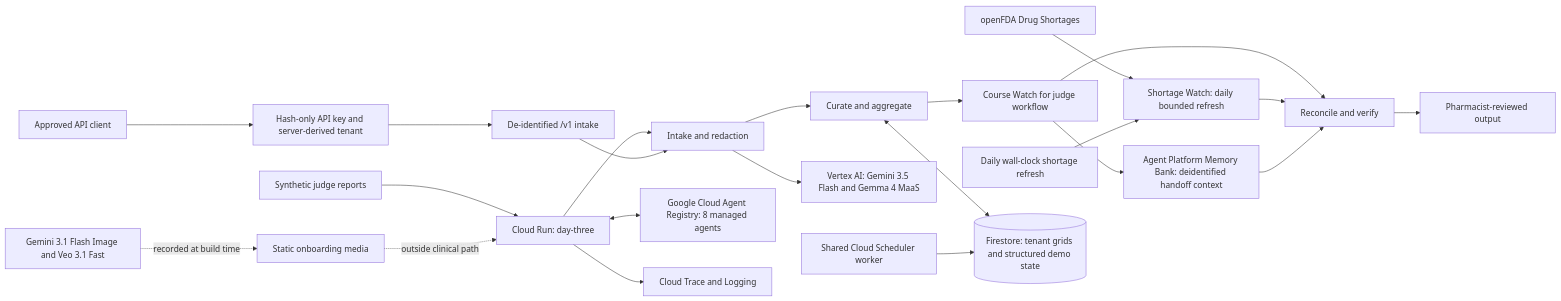
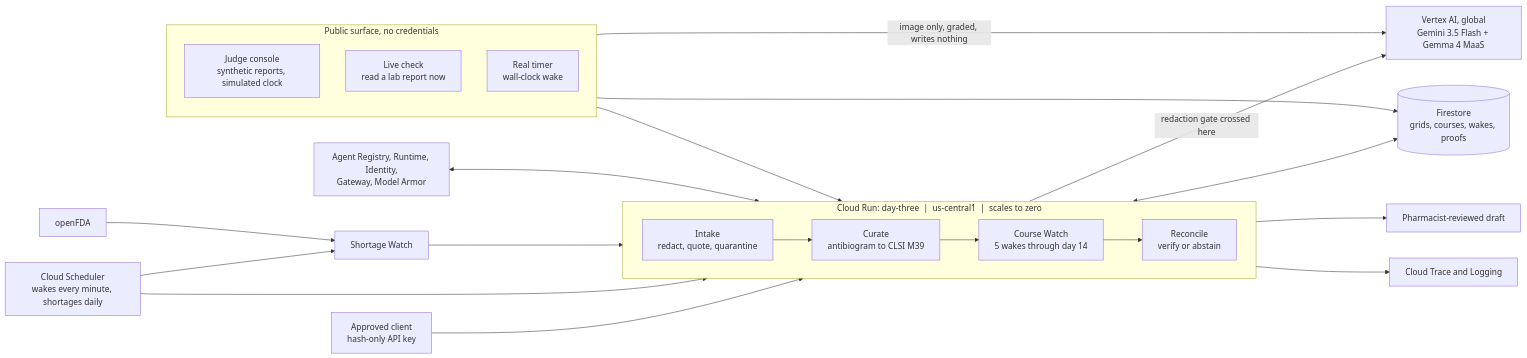
The diagram in docs/architecture.mmd (usv240/day-three), drawn with Mermaid before and after one commit. The commit also changed 7 other files, not shown here.

```diff
--- a/docs/architecture.mmd
+++ b/docs/architecture.mmd
@@ -1,22 +1,33 @@
+%% Day Three, as built. Kept deliberately small: the pipeline reads left to right,
+%% and everything else attaches to exactly one stage.
 flowchart LR
-    A[Synthetic judge reports] --> B[Cloud Run: day-three]
-    API[Approved API client] --> K[Hash-only API key and server-derived tenant]
-    K --> DI[De-identified /v1 intake]
-    B --> I[Intake and redaction]
-    DI --> I
-    I --> C[Curate and aggregate]
-    C --> W[Course Watch for judge workflow]
-    W --> R[Reconcile and verify]
-    D[openFDA Drug Shortages] --> SW[Shortage Watch: daily bounded refresh]
-    SW --> R
-    DS[Daily wall-clock shortage refresh] --> SW
-    C <--> F[(Firestore: tenant grids and structured demo state)]
-    W --> MB[Agent Platform Memory Bank: deidentified handoff context]
-    MB --> R
-    I --> V[Vertex AI: Gemini 3.5 Flash and Gemma 4 MaaS]
-    S[Shared Cloud Scheduler worker] --> F
-    B <--> G[Google Cloud Agent Registry: 8 managed agents]
-    B --> T[Cloud Trace and Logging]
-    R --> H[Pharmacist-reviewed output]
-    M[Gemini 3.1 Flash Image and Veo 3.1 Fast] -. recorded at build time .-> O[Static onboarding media]
-    O -. outside clinical path .-> B
+    subgraph public["Public surface, no credentials"]
+        direction TB
+        UI[Judge console<br/>synthetic reports, simulated clock]
+        LV[Live check<br/>read a lab report now]
+        RT[Real timer<br/>wall-clock wake]
+    end
+
+    subgraph run["Cloud Run: day-three &nbsp;|&nbsp; us-central1 &nbsp;|&nbsp; scales to zero"]
+        direction LR
+        I[Intake<br/>redact, quote, quarantine] --> C[Curate<br/>antibiogram to CLSI M39]
+        C --> W[Course Watch<br/>5 wakes through day 14]
+        W --> R[Reconcile<br/>verify or abstain]
+    end
+
+    V[Vertex AI, global<br/>Gemini 3.5 Flash + Gemma 4 MaaS]
+    F[(Firestore<br/>grids, courses, wakes, proofs)]
+    SCH[Cloud Scheduler<br/>wakes every minute, shortages daily]
+
+    UI --> I
+    API[Approved client<br/>hash-only API key] --> I
+    I -->|redaction gate crossed here| V
+    LV -->|image only, graded, writes nothing| V
+    C <--> F
+    RT --> F
+    SCH --> W
+    SCH --> SW[Shortage Watch] --> R
+    FDA[openFDA] --> SW
+    R --> H[Pharmacist-reviewed draft]
+    G[Agent Registry, Runtime, Identity,<br/>Gateway, Model Armor] <--> I
+    R --> T[Cloud Trace and Logging]
```
